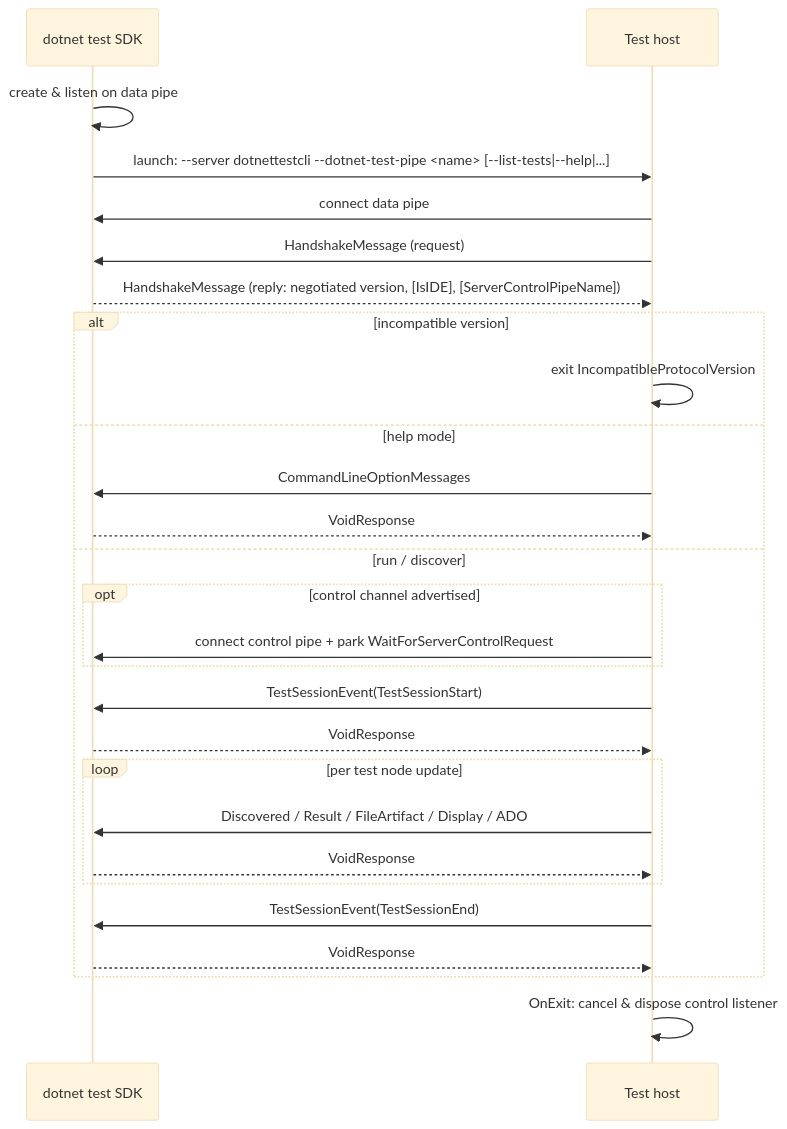
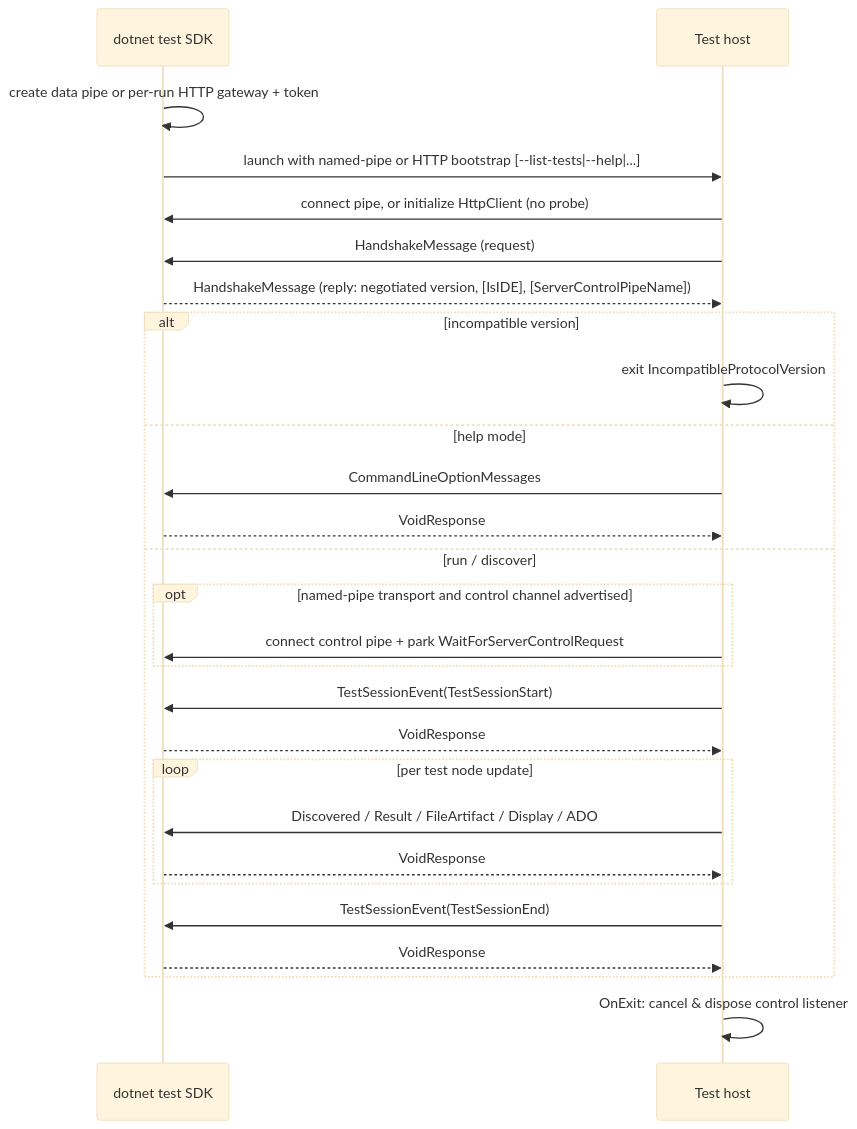
One commit to microsoft/testfx changed the sixth of 6 diagrams in docs/mstest-runner-protocol/004-protocol-dotnet-test-pipe.md. Above: the diagram before and after it, drawn with Mermaid (base theme). The commit also changed other lines of this file and 42 other files, not shown here.

First line of the commit message:
Use HTTP transport for browser dotnettestcli (#10143)

````diff
--- a/docs/mstest-runner-protocol/004-protocol-dotnet-test-pipe.md
+++ b/docs/mstest-runner-protocol/004-protocol-dotnet-test-pipe.md
@@ -609,31 +722,31 @@
 ```mermaid
 sequenceDiagram
     participant SDK as dotnet test SDK
     participant Host as Test host
 
-    SDK->>SDK: create & listen on data pipe
-    SDK->>Host: launch: --server dotnettestcli --dotnet-test-pipe <name> [--list-tests|--help|...]
-    Host->>SDK: connect data pipe
+    SDK->>SDK: create data pipe or per-run HTTP gateway + token
+    SDK->>Host: launch with named-pipe or HTTP bootstrap [--list-tests|--help|...]
+    Host->>SDK: connect pipe, or initialize HttpClient (no probe)
     Host->>SDK: HandshakeMessage (request)
     SDK-->>Host: HandshakeMessage (reply: negotiated version, [IsIDE], [ServerControlPipeName])
 
     alt incompatible version
         Host->>Host: exit IncompatibleProtocolVersion
     else help mode
         Host->>SDK: CommandLineOptionMessages
         SDK-->>Host: VoidResponse
     else run / discover
-        opt control channel advertised
+        opt named-pipe transport and control channel advertised
             Host->>SDK: connect control pipe + park WaitForServerControlRequest
         end
         Host->>SDK: TestSessionEvent(TestSessionStart)
         SDK-->>Host: VoidResponse
         loop per test node update
             Host->>SDK: Discovered / Result / FileArtifact / Display / ADO
             SDK-->>Host: VoidResponse
         end
         Host->>SDK: TestSessionEvent(TestSessionEnd)
         SDK-->>Host: VoidResponse
     end
     Host->>Host: OnExit: cancel & dispose control listener
 ```
````
